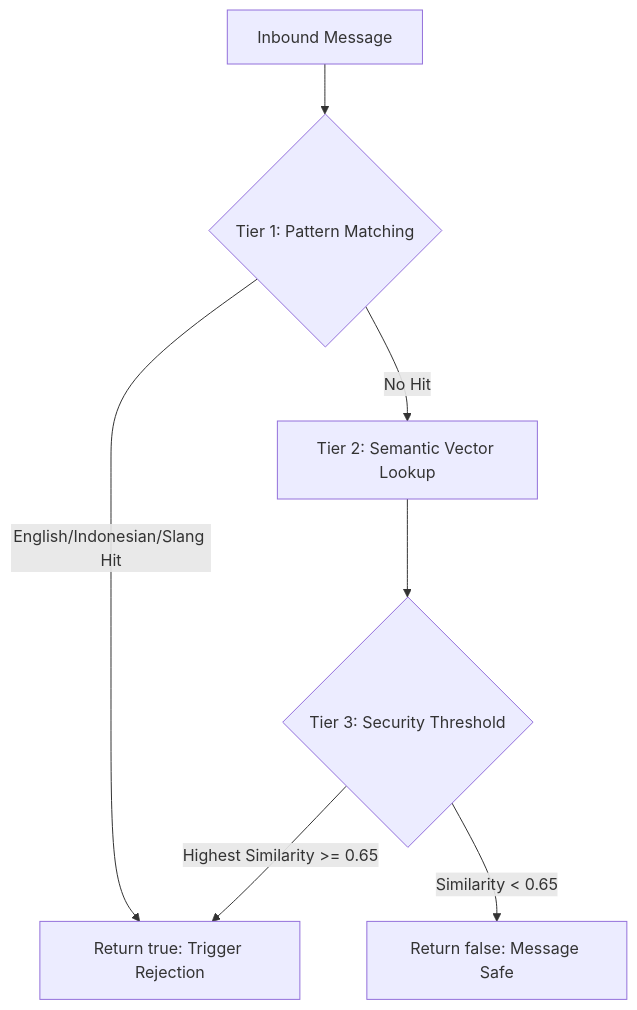
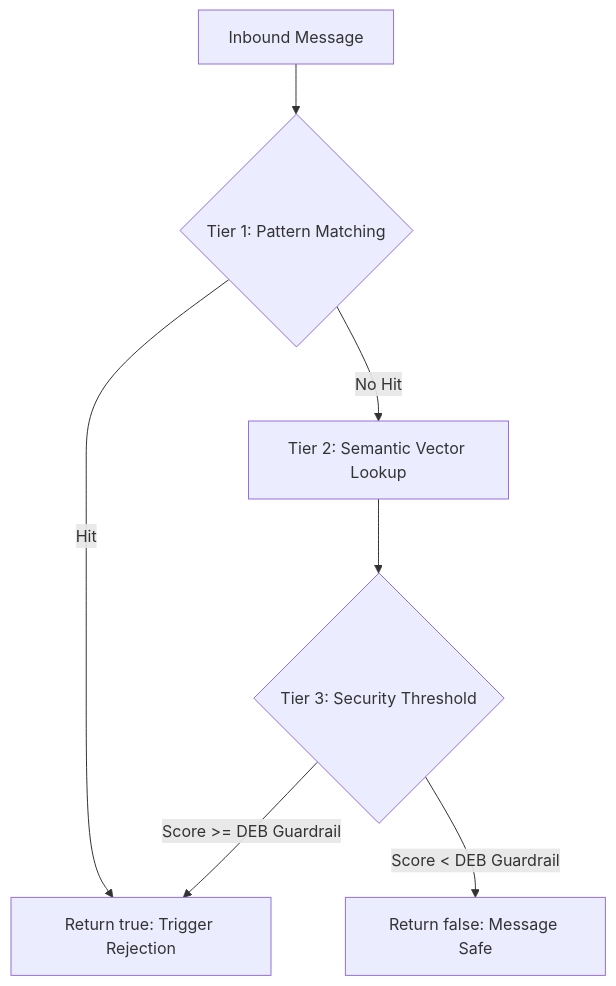
The third of 5 diagrams in gateway-rust/README.md (triandamai/nomi), drawn with Mermaid before and after one commit. The commit also changed other lines of this file and 33 other files, not shown here.

````diff
--- a/gateway-rust/README.md
+++ b/gateway-rust/README.md
@@ -128,9 +118,9 @@
 ```mermaid
 graph TD
     In[Inbound Message] --> P1{Tier 1: Pattern Matching}
-    P1 -->|English/Indonesian/Slang Hit| Block[Return true: Trigger Rejection]
+    P1 -->|Hit| Block[Return true: Trigger Rejection]
     P1 -->|No Hit| P2[Tier 2: Semantic Vector Lookup]
     P2 --> P3{Tier 3: Security Threshold}
-    P3 -->|Highest Similarity >= 0.65| Block
-    P3 -->|Similarity < 0.65| Safe[Return false: Message Safe]
+    P3 -->|Score >= DEB Guardrail| Block
+    P3 -->|Score < DEB Guardrail| Safe[Return false: Message Safe]
 ```
````
